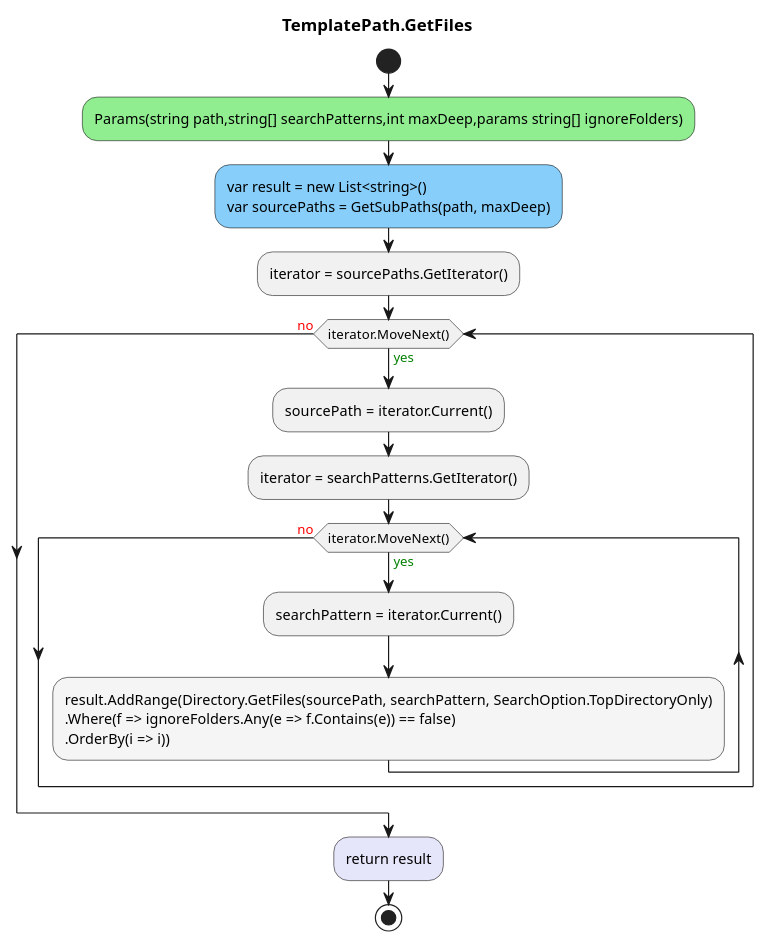
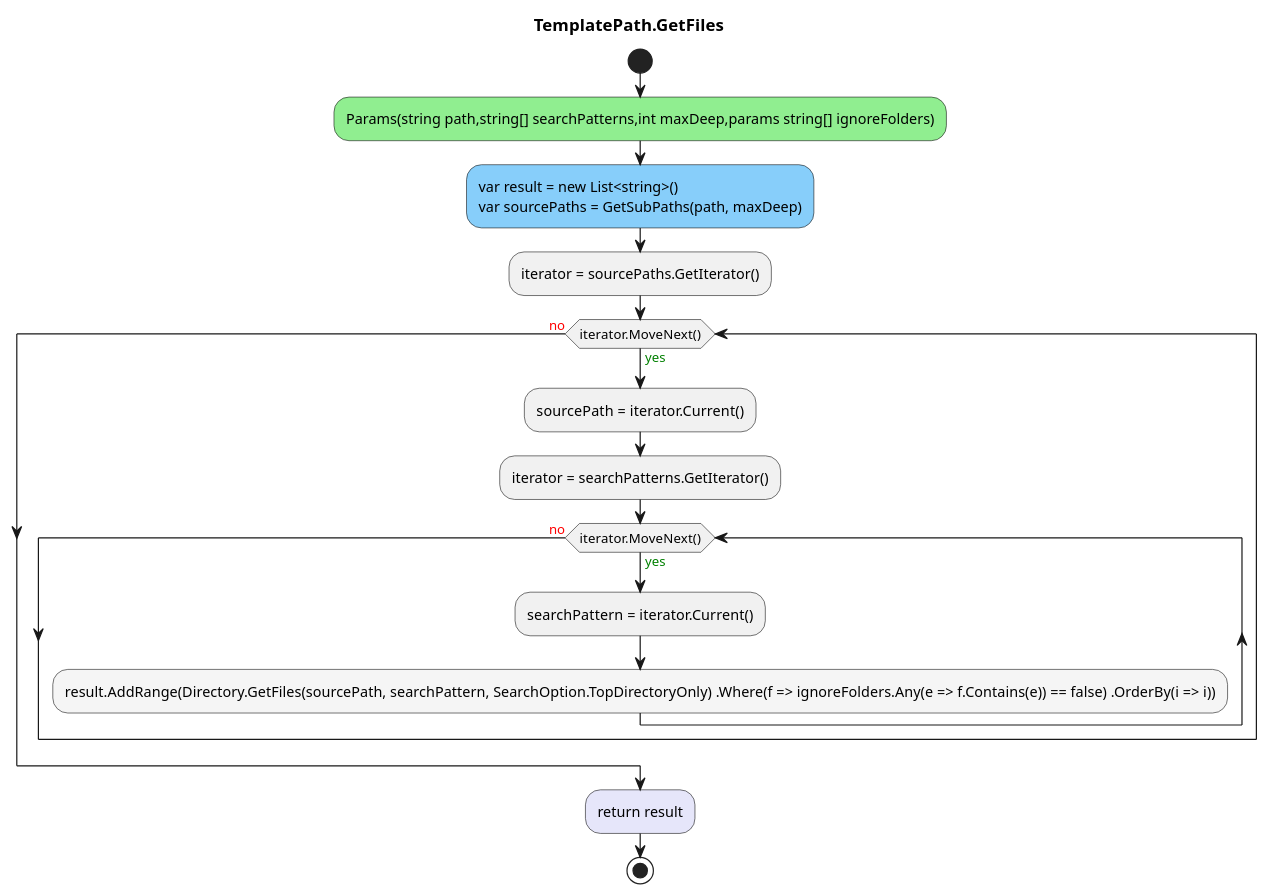
Before and after one commit to leoggehrer/CommonTool: the diagram in CommonTool/diagrams/ac_TemplatePath_GetFiles.puml, drawn with PlantUML. The commit also changed 17 other files, not shown here.

```diff
--- a/CommonTool/diagrams/ac_TemplatePath_GetFiles.puml
+++ b/CommonTool/diagrams/ac_TemplatePath_GetFiles.puml
@@ -1,19 +1,17 @@
 @startuml TemplatePath.GetFiles
 title TemplatePath.GetFiles
 start
 #LightGreen:Params(string path,string[] searchPatterns,int maxDeep,params string[] ignoreFolders);
 #LightSkyBlue:var result = new List<string>()\nvar sourcePaths = GetSubPaths(path, maxDeep);
 :iterator = sourcePaths.GetIterator();
 while (iterator.MoveNext()) is (<color:green>yes)
 :sourcePath = iterator.Current();
             :iterator = searchPatterns.GetIterator();
             while (iterator.MoveNext()) is (<color:green>yes)
             :searchPattern = iterator.Current();
-                                #WhiteSmoke:result.AddRange(Directory.GetFiles(sourcePath, searchPattern, SearchOption.TopDirectoryOnly)
-                          .Where(f => ignoreFolders.Any(e => f.Contains(e)) == false)
-                          .OrderBy(i => i));
+                                #WhiteSmoke:result.AddRange(Directory.GetFiles(sourcePath, searchPattern, SearchOption.TopDirectoryOnly) .Where(f => ignoreFolders.Any(e => f.Contains(e)) == false) .OrderBy(i => i));
             endwhile (<color:red>no)
 endwhile (<color:red>no)
 #Lavender:return result;
 stop
 @enduml
```
